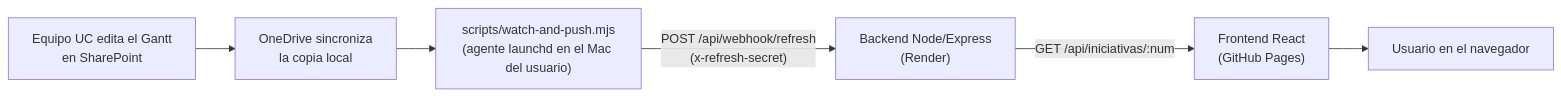
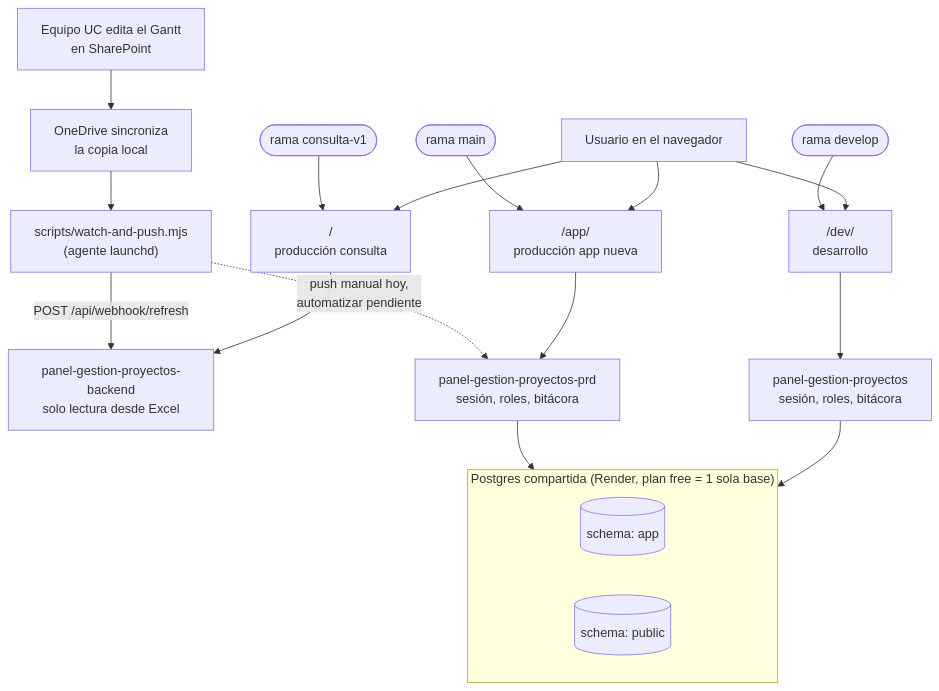
Before and after one commit to jimunozuc/panel-gestion-proyectos: the diagram in README.md, drawn with Mermaid. The commit also changed other lines of this file and 1 other file, not shown here.

First line of the commit message:
Actualiza README y App Releases para reflejar los 3 entornos productivos

````diff
--- a/README.md
+++ b/README.md
@@ -15,8 +36,29 @@
 ```mermaid
-flowchart LR
+flowchart TB
     Equipo["Equipo UC edita el Gantt\nen SharePoint"] --> Sync["OneDrive sincroniza\nla copia local"]
-    Sync --> Watcher["scripts/watch-and-push.mjs\n(agente launchd en el Mac del usuario)"]
-    Watcher -->|"POST /api/webhook/refresh\n(x-refresh-secret)"| Backend["Backend Node/Express\n(Render)"]
-    Backend -->|"GET /api/iniciativas/:num"| Frontend["Frontend React\n(GitHub Pages)"]
-    Frontend --> Usuario["Usuario en el navegador"]
+    Sync --> Watcher["scripts/watch-and-push.mjs\n(agente launchd)"]
+
+    Watcher -->|"POST /api/webhook/refresh"| BackendViejo["panel-gestion-proyectos-backend\nsolo lectura desde Excel"]
+    Watcher -.->|"push manual hoy,\nautomatizar pendiente"| BackendPrd
+
+    subgraph RenderPG["Postgres compartida (Render, plan free = 1 sola base)"]
+      direction LR
+      SchemaApp[("schema: app")]
+      SchemaPublic[("schema: public")]
+    end
+
+    BackendPrd["panel-gestion-proyectos-prd\nsesión, roles, bitácora"] --> SchemaApp
+    BackendDev["panel-gestion-proyectos\nsesión, roles, bitácora"] --> SchemaPublic
+
+    ConsultaV1(["rama consulta-v1"]) --> SitioRaiz["/\nproducción consulta"]
+    Main(["rama main"]) --> SitioApp["/app/\nproducción app nueva"]
+    Develop(["rama develop"]) --> SitioDev["/dev/\ndesarrollo"]
+
+    SitioRaiz --> BackendViejo
+    SitioApp --> BackendPrd
+    SitioDev --> BackendDev
+
+    Usuario["Usuario en el navegador"] --> SitioRaiz
+    Usuario --> SitioApp
+    Usuario --> SitioDev
 ```
````
